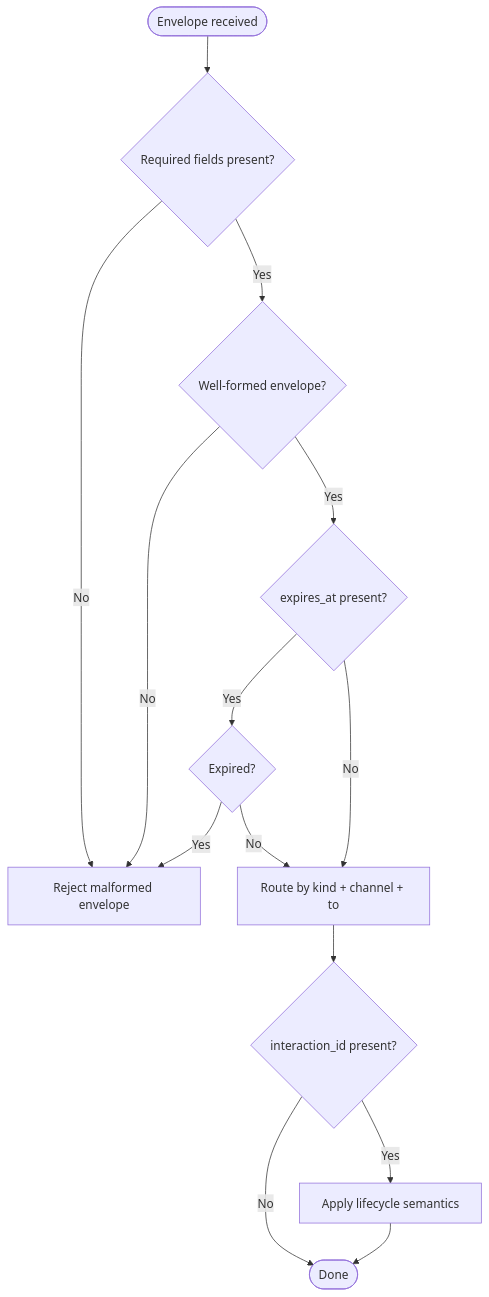
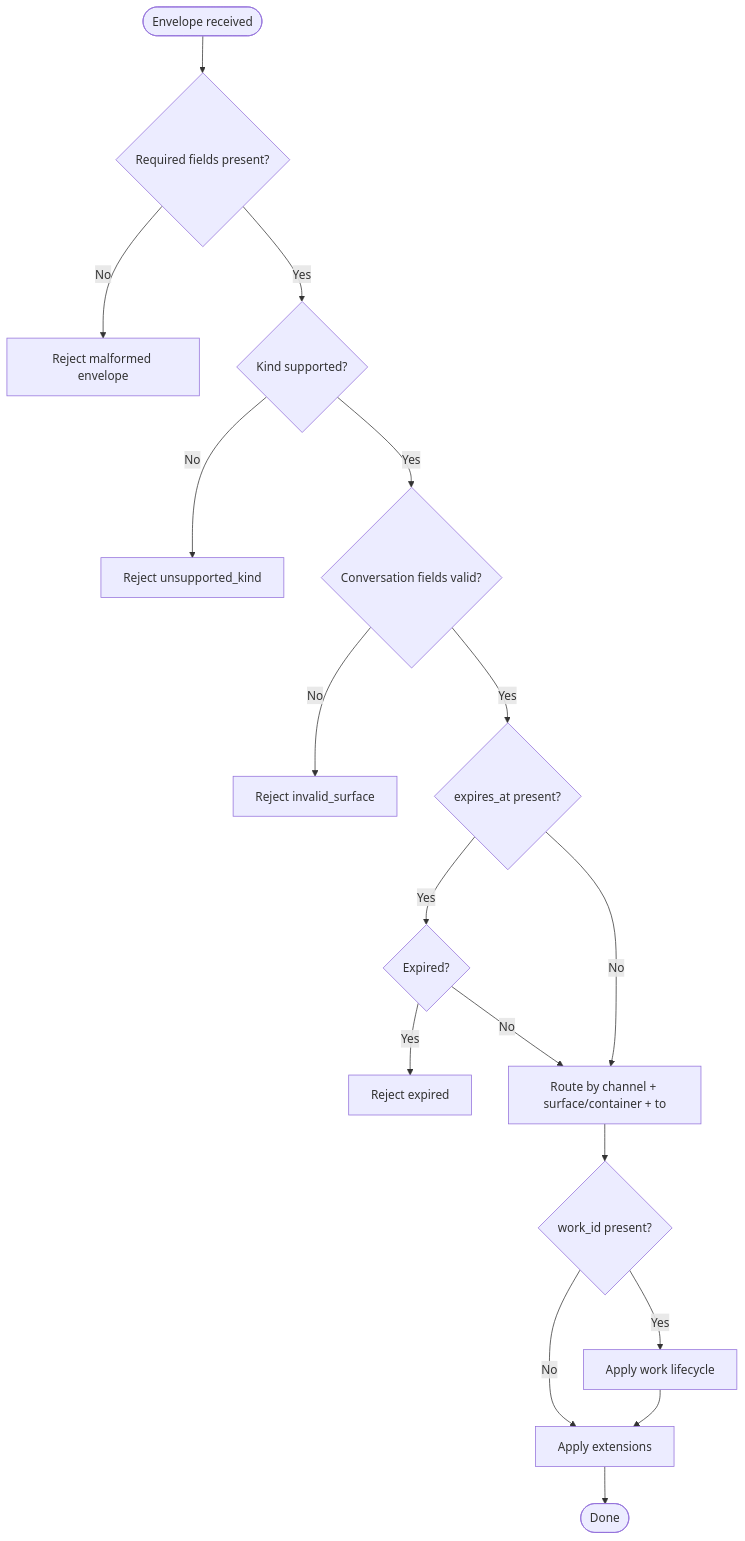
The second of 7 diagrams in docs/rfcs/003_agh-network-v0.md (compozy/agh), drawn with Mermaid before and after one commit. The commit also changed other lines of this file and 3 other files, not shown here.

````diff
--- a/docs/rfcs/003_agh-network-v0.md
+++ b/docs/rfcs/003_agh-network-v0.md
@@ -221,18 +325,21 @@
 ```mermaid
 flowchart TD
     Recv([Envelope received]) --> V1{Required fields present?}
     V1 -->|No| Reject[Reject malformed envelope]
-    V1 -->|Yes| V2{Well-formed envelope?}
-    V2 -->|No| Reject
-    V2 -->|Yes| Exp{expires_at present?}
+    V1 -->|Yes| V2{Kind supported?}
+    V2 -->|No| RejectKind[Reject unsupported_kind]
+    V2 -->|Yes| V3{Conversation fields valid?}
+    V3 -->|No| RejectSurface[Reject invalid_surface]
+    V3 -->|Yes| Exp{expires_at present?}
 
     Exp -->|Yes| ExpCheck{Expired?}
-    ExpCheck -->|Yes| Reject
+    ExpCheck -->|Yes| RejectExpired[Reject expired]
     ExpCheck -->|No| Route
-    Exp -->|No| Route[Route by kind + channel + to]
+    Exp -->|No| Route[Route by channel + surface/container + to]
 
-    Route --> LC{interaction_id present?}
-    LC -->|Yes| ApplyLC[Apply lifecycle semantics]
-    LC -->|No| Done([Done])
-    ApplyLC --> Done
+    Route --> LC{work_id present?}
+    LC -->|Yes| ApplyLC[Apply work lifecycle]
+    LC -->|No| Ext[Apply extensions]
+    ApplyLC --> Ext
+    Ext --> Done([Done])
 ```
````
